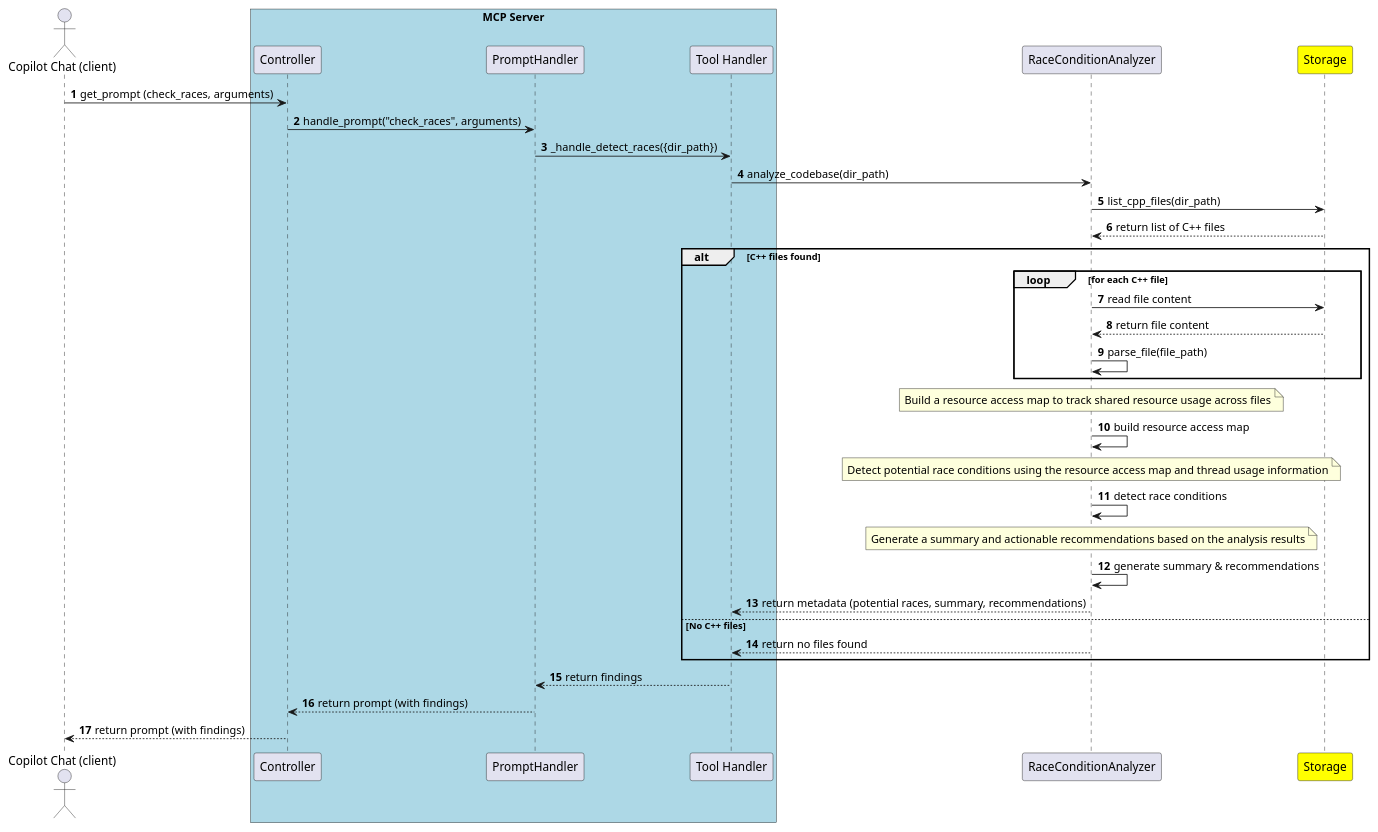
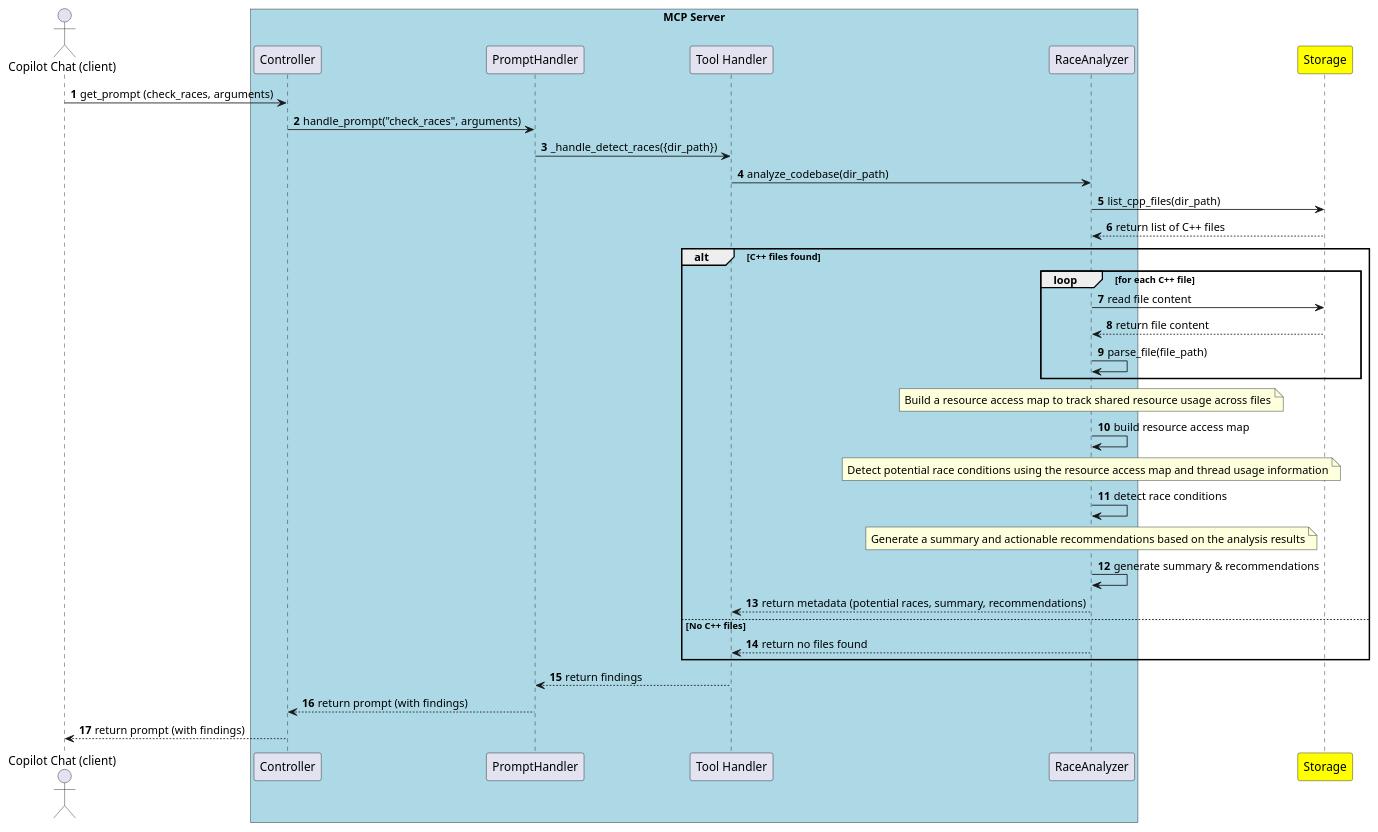
Before and after one commit to taikt/codefun: the diagram in deepl/mcp_server/doc/mcp_prompt_check_races_sequence.puml, drawn with PlantUML. The commit also changed 16 other files, not shown here.

```diff
--- a/deepl/mcp_server/doc/mcp_prompt_check_races_sequence.puml
+++ b/deepl/mcp_server/doc/mcp_prompt_check_races_sequence.puml
@@ -1,55 +1,55 @@
 @startuml
 ' Step 10: For each C++ file, read its content
 ' Step 11: Parse each file to extract shared resources and thread usage
 ' Step 12: Build a resource access map to track shared resource usage across files
 ' Step 13: Detect potential race conditions based on resource access and thread usage
 ' Step 14: Generate summary and actionable recommendations
 actor "Copilot Chat (client)" as copilot
 box "MCP Server" #LightBlue
   participant "Controller" as controller
   participant "PromptHandler" as promptHandler
   participant "Tool Handler" as toolHandler
+  participant "RaceAnalyzer" as raceAnalyzer
 end box
-participant "RaceConditionAnalyzer" as raceAnalyzer
 participant "Storage" as storage #yellow
 
 autonumber
 copilot -> controller : get_prompt (check_races, arguments)
 controller -> promptHandler : handle_prompt("check_races", arguments)
 promptHandler -> toolHandler : _handle_detect_races({dir_path})
 toolHandler -> raceAnalyzer : analyze_codebase(dir_path)
 raceAnalyzer -> storage : list_cpp_files(dir_path)
 storage --> raceAnalyzer : return list of C++ files
 alt C++ files found
   loop for each C++ file
     ' Step 10: For each C++ file, read its content
     raceAnalyzer -> storage : read file content
     storage --> raceAnalyzer : return file content
     ' Step 11: Parse each file to extract shared resources and thread usage
     raceAnalyzer -> raceAnalyzer : parse_file(file_path)
   end
   ' Step 12: Build a resource access map to track shared resource usage across files
   note over raceAnalyzer
      Build a resource access map to track shared resource usage across files
   end note
   raceAnalyzer -> raceAnalyzer : build resource access map
 
   ' Step 13: Detect potential race conditions based on resource access and thread usage
   note over raceAnalyzer
      Detect potential race conditions using the resource access map and thread usage information
   end note
   raceAnalyzer -> raceAnalyzer : detect race conditions
 
   ' Step 14: Generate summary and actionable recommendations
   note over raceAnalyzer
      Generate a summary and actionable recommendations based on the analysis results
   end note
   raceAnalyzer -> raceAnalyzer : generate summary & recommendations
   raceAnalyzer --> toolHandler : return metadata (potential races, summary, recommendations)
 else No C++ files
   raceAnalyzer --> toolHandler : return no files found
 end
 toolHandler --> promptHandler : return findings
 promptHandler --> controller : return prompt (with findings)
 controller --> copilot : return prompt (with findings)
 @enduml
```
